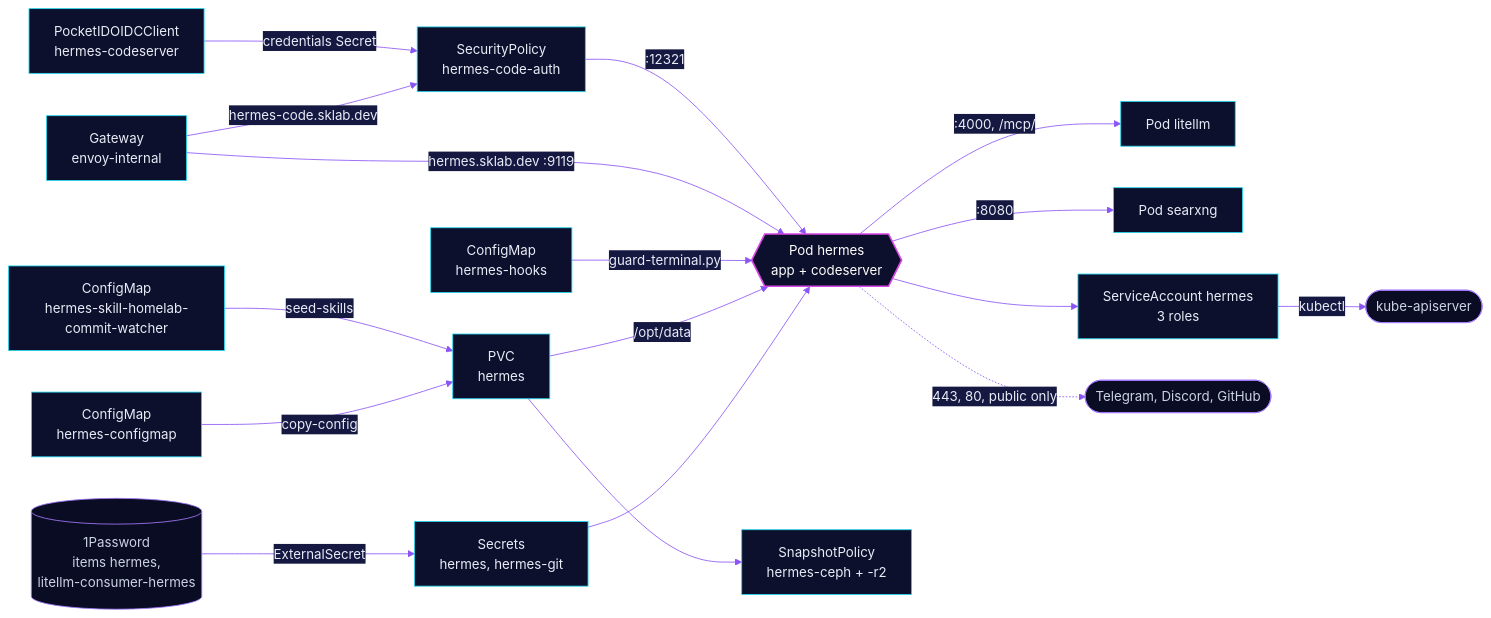
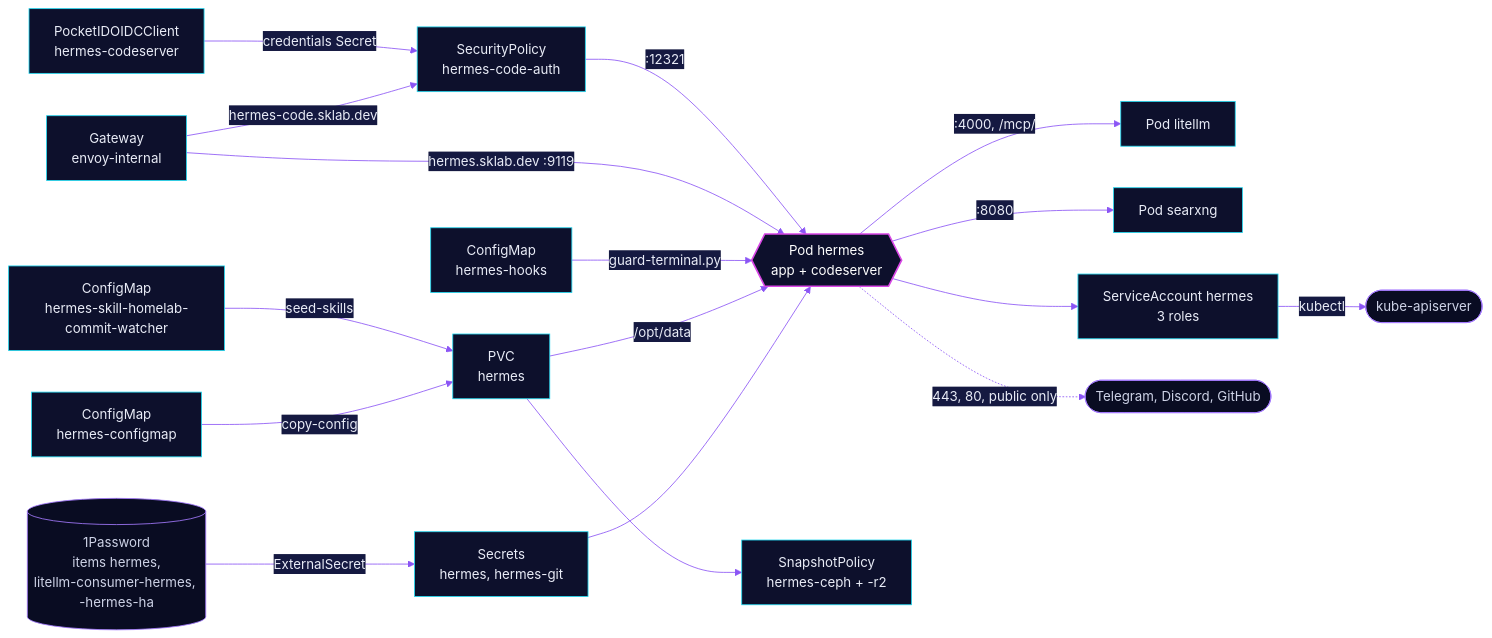
The diagram in kubernetes/apps/base/ai/hermes/README.md (skrumbach/home-ops), drawn with Mermaid before and after one commit. The commit also changed other lines of this file and 3 other files, not shown here.

````diff
--- a/kubernetes/apps/base/ai/hermes/README.md
+++ b/kubernetes/apps/base/ai/hermes/README.md
@@ -47,24 +47,24 @@
 ```mermaid
 %%{init: {'theme':'base','themeVariables':{'primaryColor':'#0D102C','primaryTextColor':'#E9ECF7','primaryBorderColor':'#22D8F0','lineColor':'#8B55F5','secondaryColor':'#151941','tertiaryColor':'#090C22','edgeLabelBackground':'#151941'}}}%%
 flowchart LR
-  op[("1Password<br/>items hermes,<br/>litellm-consumer-hermes")] -->|ExternalSecret| sec["Secrets<br/>hermes, hermes-git"]
+  op[("1Password<br/>items hermes,<br/>litellm-consumer-hermes, -hermes-ha")] -->|ExternalSecret| sec["Secrets<br/>hermes, hermes-git"]
   sec --> pod{{"Pod hermes<br/>app + codeserver"}}
   cfg["ConfigMap<br/>hermes-configmap"] -->|copy-config| pvc["PVC<br/>hermes"]
   skl["ConfigMap<br/>hermes-skill-homelab-commit-watcher"] -->|seed-skills| pvc
   pvc -->|/opt/data| pod
   hook["ConfigMap<br/>hermes-hooks"] -->|guard-terminal.py| pod
   pvc --> sp["SnapshotPolicy<br/>hermes-ceph + -r2"]
   gw["Gateway<br/>envoy-internal"] -->|hermes.sklab.dev :9119| pod
   gw -->|hermes-code.sklab.dev| pol["SecurityPolicy<br/>hermes-code-auth"]
   pol -->|":12321"| pod
   cli["PocketIDOIDCClient<br/>hermes-codeserver"] -->|credentials Secret| pol
   pod -->|":4000, /mcp/"| llm["Pod litellm"]
   pod -->|":8080"| sx["Pod searxng"]
   sa["ServiceAccount hermes<br/>3 roles"] -->|kubectl| api(["kube-apiserver"])
   pod --> sa
   pod -.->|"443, 80, public only"| ext(["Telegram, Discord, GitHub"])
   classDef accent fill:#0D102C,stroke:#D946E6,stroke-width:2px,color:#FFFFFF
   classDef ext fill:#090C22,stroke:#A57BFF,color:#CDD2E6
   class pod accent
   class op,api,ext ext
 ```
````
